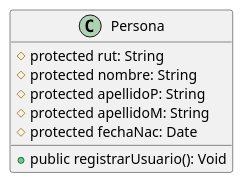
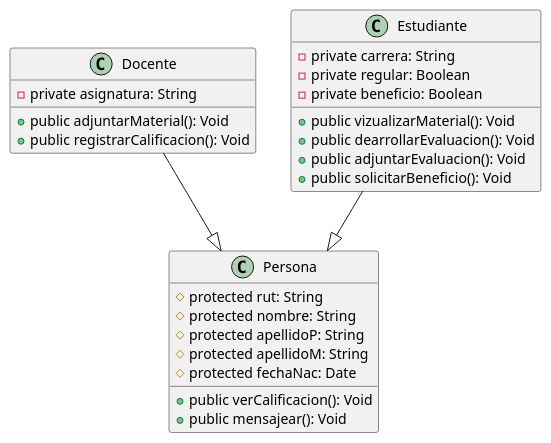
One commit to beneducarrco99/Evaluaci-n-Sumativa-4-POO changed the diagram in evaluacion4POO.puml. Above: the diagram before and after it, drawn with PlantUML.

Commit message:
creacionHerencia

```diff
--- a/evaluacion4POO.puml
+++ b/evaluacion4POO.puml
@@ -1,11 +1,33 @@
 @startuml
 class Persona {
     # protected rut: String
     # protected nombre: String
     # protected apellidoP: String
     # protected apellidoM: String
     # protected fechaNac: Date
 
-    + public registrarUsuario(): Void
+    + public verCalificacion(): Void
+    + public mensajear(): Void
 }
+
+class Docente {
+    - private asignatura: String
+
+    + public adjuntarMaterial(): Void
+    + public registrarCalificacion(): Void
+}
+
+class Estudiante {
+    - private carrera: String
+    - private regular: Boolean
+    - private beneficio: Boolean
+
+    + public vizualizarMaterial(): Void
+    + public dearrollarEvaluacion(): Void
+    + public adjuntarEvaluacion(): Void
+    + public solicitarBeneficio(): Void
+}
+
+Docente --|> Persona
+Estudiante --|> Persona
 @enduml
```
